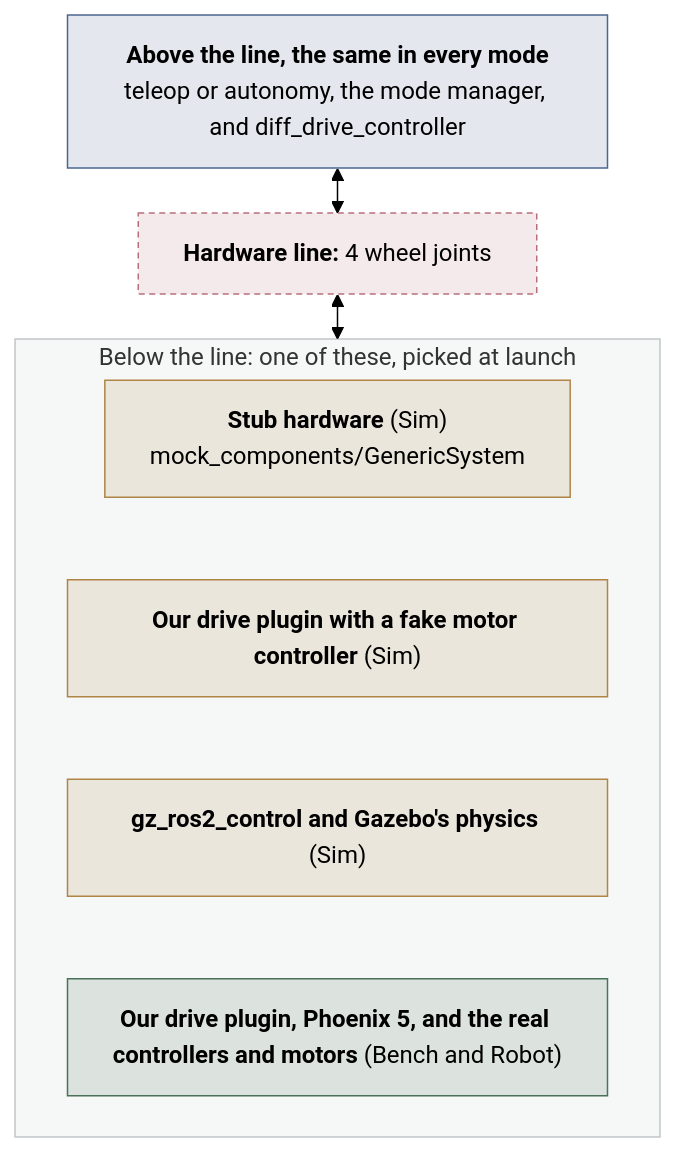
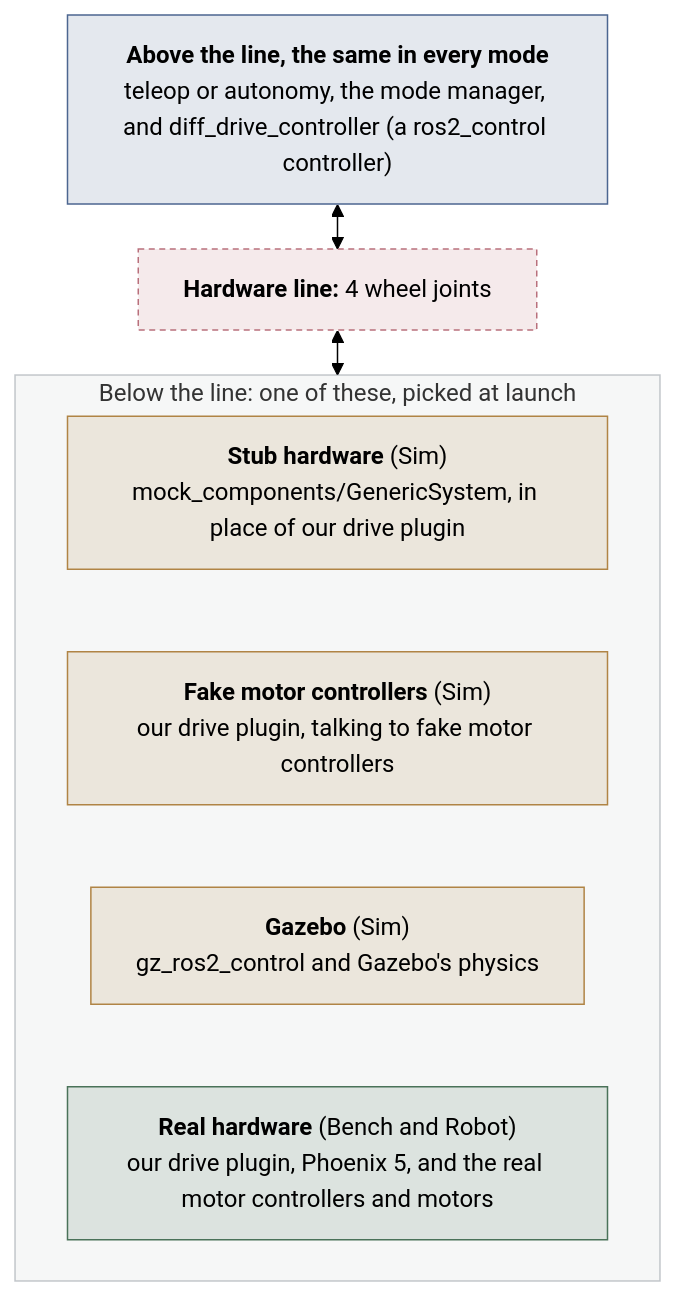
Before and after one commit to STAR-Robotics-Team/starrt-luna-software: the diagram in docs/design/testing-layers.md, drawn with Mermaid (forest theme). The commit also changed other lines of this file and 4 other files, not shown here.

First line of the commit message:
Say which controller, and tell stubs from fake motor controllers apart

````diff
--- a/docs/design/testing-layers.md
+++ b/docs/design/testing-layers.md
@@ -60,30 +77,33 @@
 ```mermaid
 ---
 config:
   flowchart:
     wrappingWidth: 300
     rankSpacing: 30
 ---
 flowchart TB
   above["`**Above the line, the same in every mode**
-teleop or autonomy, the mode manager, and diff_drive_controller`"] <--> line["`**Hardware line:** 4 wheel joints`"]
+teleop or autonomy, the mode manager, and diff_drive_controller (a ros2_control controller)`"] <--> line["`**Hardware line:** 4 wheel joints`"]
   line <--> below
   subgraph below["Below the line: one of these, picked at launch"]
     direction TB
     stub["`**Stub hardware** (Sim)
-mock_components/GenericSystem`"]
-    fake["`**Our drive plugin with a fake motor controller** (Sim)`"]
-    gz["`**gz_ros2_control and Gazebo's physics** (Sim)`"]
-    real["`**Our drive plugin, Phoenix 5, and the real controllers and motors** (Bench and Robot)`"]
+mock_components/GenericSystem, in place of our drive plugin`"]
+    fake["`**Fake motor controllers** (Sim)
+our drive plugin, talking to fake motor controllers`"]
+    gz["`**Gazebo** (Sim)
+gz_ros2_control and Gazebo's physics`"]
+    real["`**Real hardware** (Bench and Robot)
+our drive plugin, Phoenix 5, and the real motor controllers and motors`"]
     stub ~~~ fake ~~~ gz ~~~ real
   end
   classDef ours fill:#4c669026,stroke:#4c6690
   classDef stand fill:#b0844526,stroke:#b08445
   classDef hw fill:#4a725926,stroke:#4a7259
   classDef hwline fill:#b9707c26,stroke:#b9707c,stroke-dasharray:4 3
   class above ours
   class stub,fake,gz stand
   class real hw
   class line hwline
   style below fill:#8b939c14,stroke:#8b939c80
 ```
````
